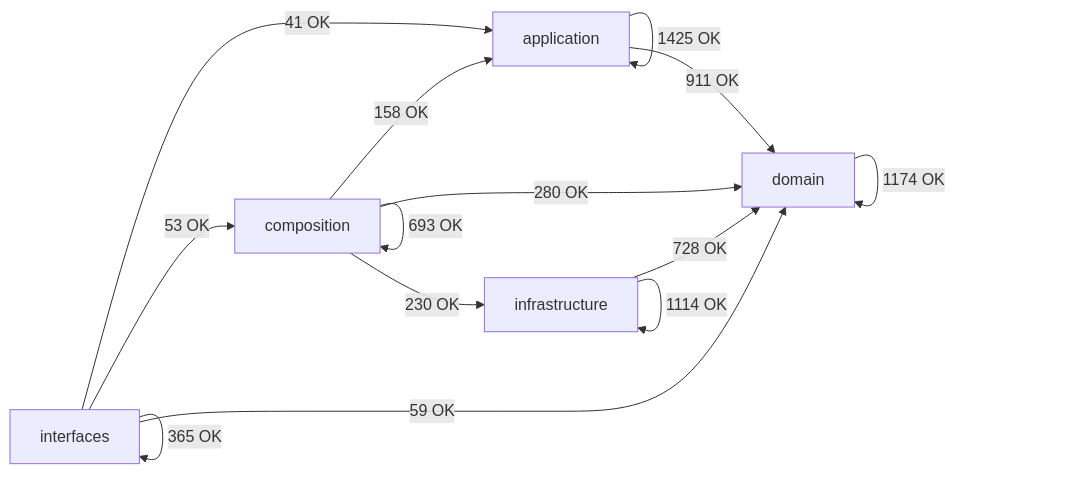
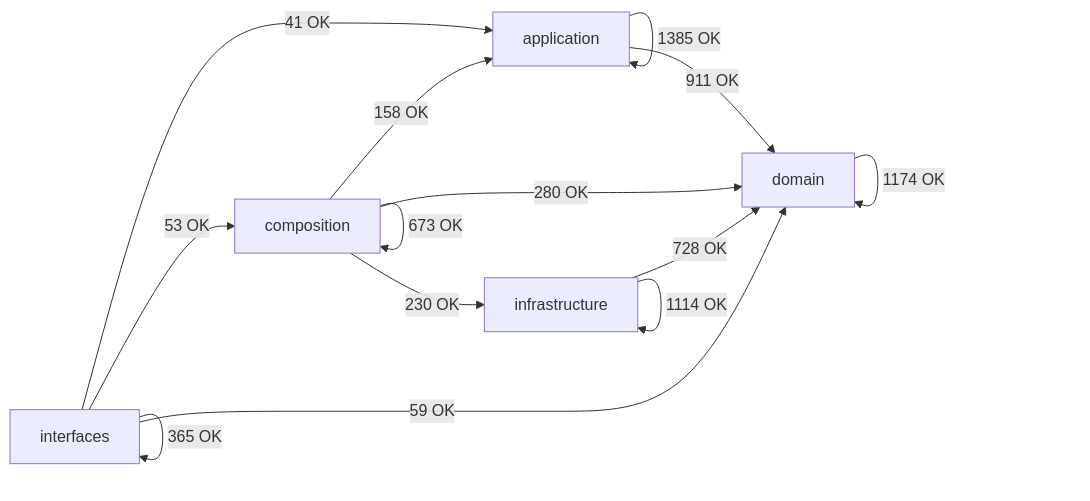
Before and after one commit to SatoryKono/BioactivityDataAcquisition: the diagram in docs/02-architecture/generated/module-dependency-map.md, drawn with Mermaid. The commit also changed other lines of this file and 170 other files, not shown here.

````diff
--- a/docs/02-architecture/generated/module-dependency-map.md
+++ b/docs/02-architecture/generated/module-dependency-map.md
@@ -17,21 +17,21 @@
 ```mermaid
 flowchart LR
     domain[domain]
     application[application]
     infrastructure[infrastructure]
     composition[composition]
     interfaces[interfaces]
-    application -->|1425 OK| application
+    application -->|1385 OK| application
     application -->|911 OK| domain
     composition -->|158 OK| application
-    composition -->|693 OK| composition
+    composition -->|673 OK| composition
     composition -->|280 OK| domain
     composition -->|230 OK| infrastructure
     domain -->|1174 OK| domain
     infrastructure -->|728 OK| domain
     infrastructure -->|1114 OK| infrastructure
     interfaces -->|41 OK| application
     interfaces -->|53 OK| composition
     interfaces -->|59 OK| domain
     interfaces -->|365 OK| interfaces
 ```
````
